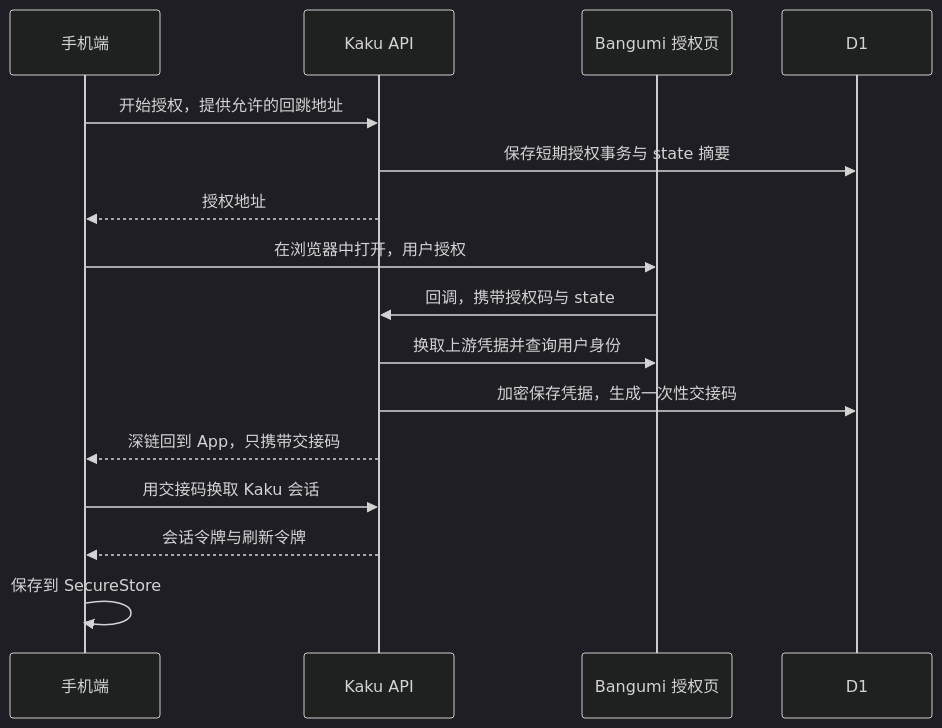
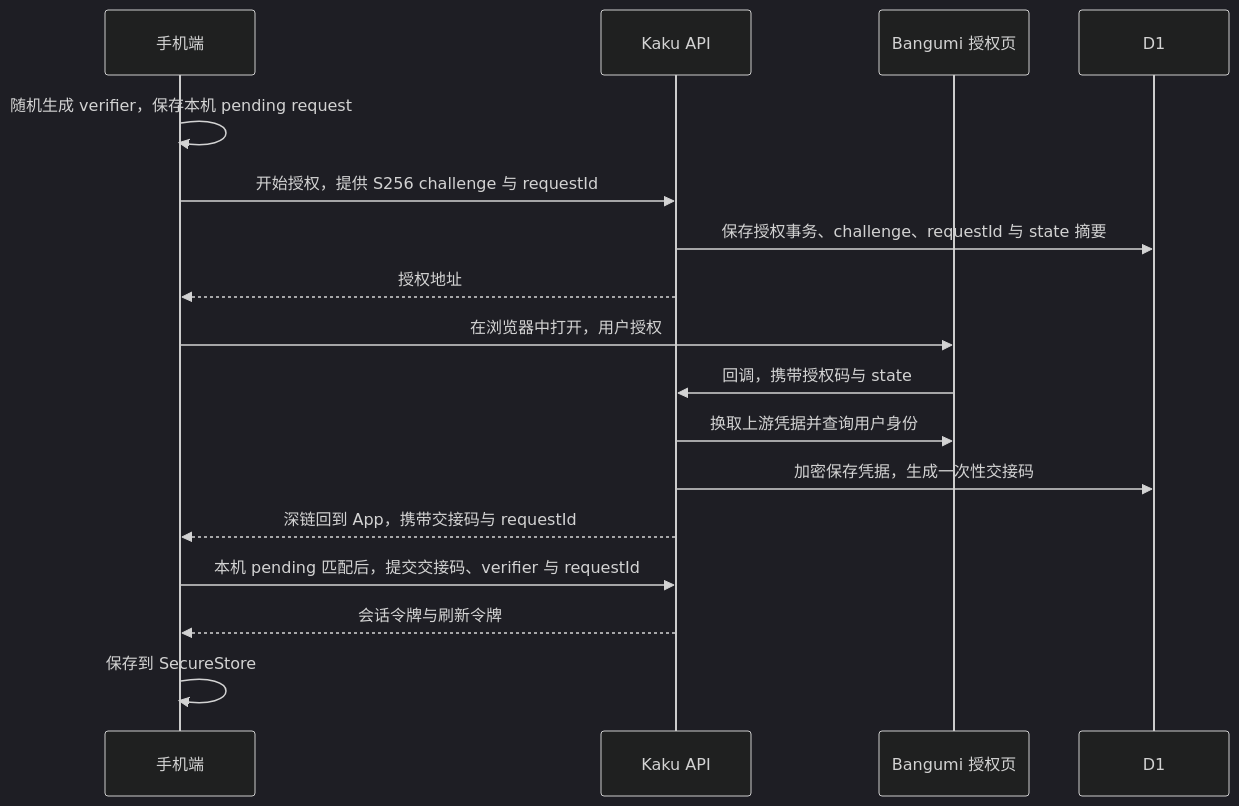
The third of 3 diagrams in docs/architecture.md (shqingda/kaku), drawn with Mermaid (dark theme) before and after one commit. The commit also changed other lines of this file and 6 other files, not shown here.

Commit message:
docs: record architecture fixes, verification, and rollout boundaries

````diff
--- a/docs/architecture.md
+++ b/docs/architecture.md
@@ -174,18 +174,19 @@
 ```mermaid
 sequenceDiagram
   participant M as 手机端
   participant K as Kaku API
   participant B as Bangumi 授权页
   participant D as D1
-  M->>K: 开始授权，提供允许的回跳地址
-  K->>D: 保存短期授权事务与 state 摘要
+  M->>M: 随机生成 verifier，保存本机 pending request
+  M->>K: 开始授权，提供 S256 challenge 与 requestId
+  K->>D: 保存授权事务、challenge、requestId 与 state 摘要
   K-->>M: 授权地址
   M->>B: 在浏览器中打开，用户授权
   B->>K: 回调，携带授权码与 state
   K->>B: 换取上游凭据并查询用户身份
   K->>D: 加密保存凭据，生成一次性交接码
-  K-->>M: 深链回到 App，只携带交接码
-  M->>K: 用交接码换取 Kaku 会话
+  K-->>M: 深链回到 App，携带交接码与 requestId
+  M->>K: 本机 pending 匹配后，提交交接码、verifier 与 requestId
   K-->>M: 会话令牌与刷新令牌
   M->>M: 保存到 SecureStore
 ```
````
